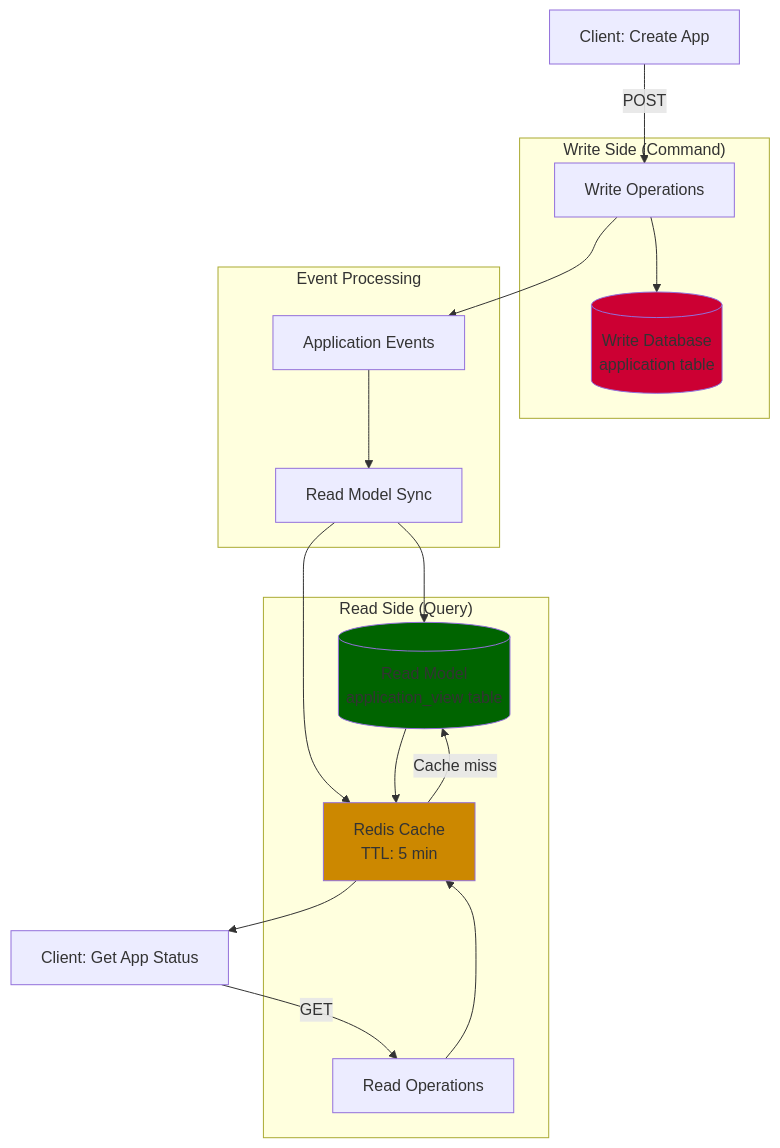
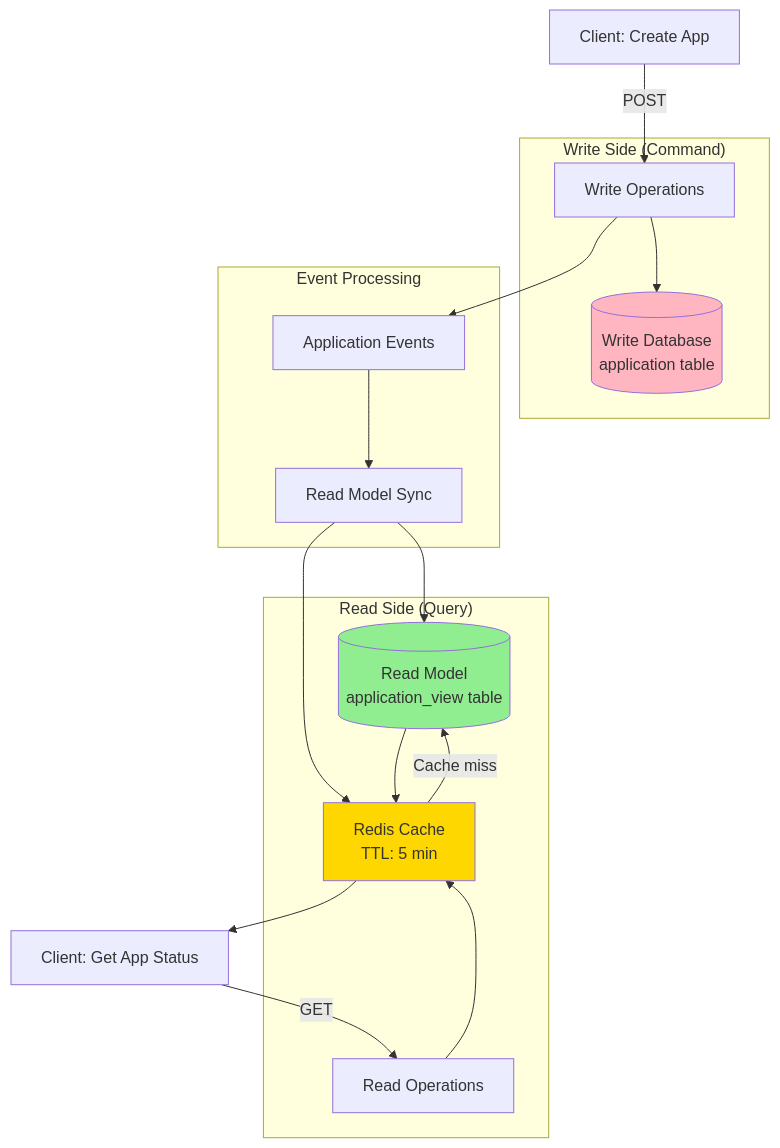
The eighth of 9 diagrams in backend/docs/SYSTEM_FLOW_AFTER_PATTERNS.md (huytu0702/university_admission_portal), drawn with Mermaid before and after one commit. The commit also changed other lines of this file and 1 other file, not shown here.

````diff
--- a/backend/docs/SYSTEM_FLOW_AFTER_PATTERNS.md
+++ b/backend/docs/SYSTEM_FLOW_AFTER_PATTERNS.md
@@ -974,36 +974,36 @@
 ```mermaid
 graph TB
     subgraph "Write Side (Command)"
         Write[Write Operations]
         WriteDB[(Write Database<br/>application table)]
     end
     
     subgraph "Read Side (Query)"
         Read[Read Operations]
         ReadDB[(Read Model<br/>application_view table)]
         Cache[Redis Cache<br/>TTL: 5 min]
     end
     
     subgraph "Event Processing"
         Events[Application Events]
         Sync[Read Model Sync]
     end
     
     Client1[Client: Create App] -->|POST| Write
     Write --> WriteDB
     Write --> Events
     
     Events --> Sync
     Sync --> ReadDB
     Sync --> Cache
     
     Client2[Client: Get App Status] -->|GET| Read
     Read --> Cache
     Cache -->|Cache miss| ReadDB
     ReadDB --> Cache
     Cache --> Client2
     
-    style WriteDB fill:#CC0033
-    style ReadDB fill:#006400
-    style Cache fill:#CC8800
+    style WriteDB fill:#FFB6C1
+    style ReadDB fill:#90EE90
+    style Cache fill:#FFD700
 ```
````
